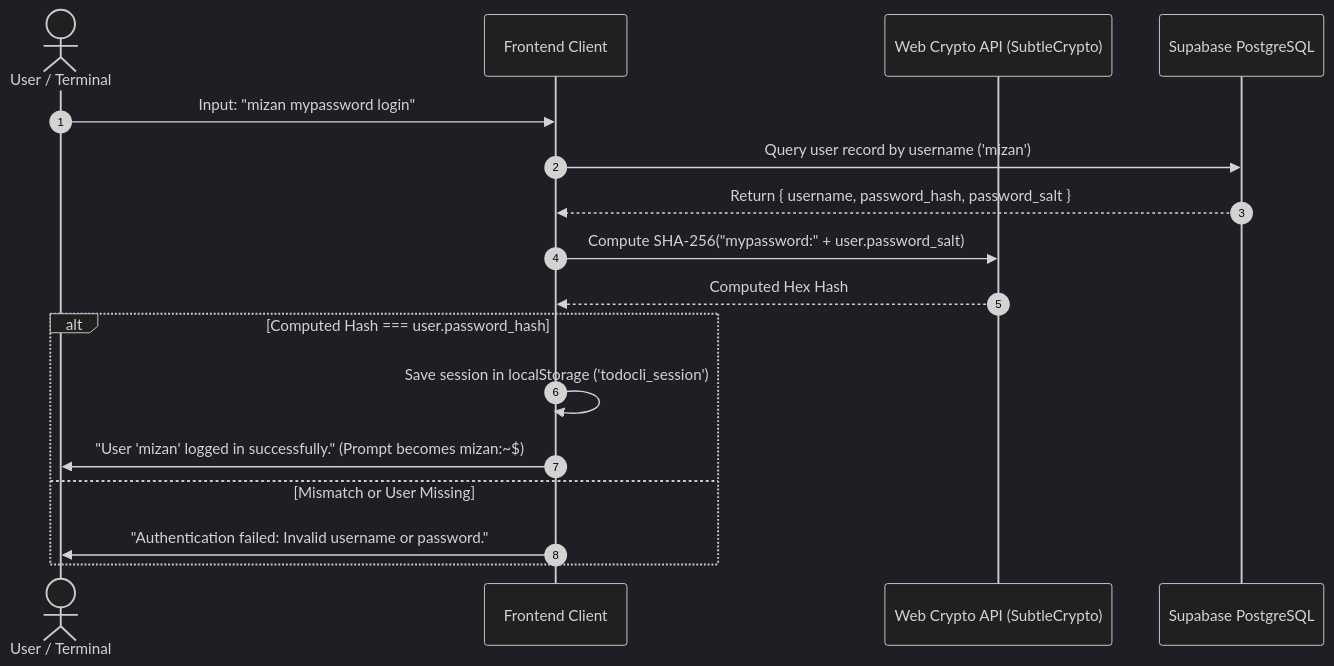
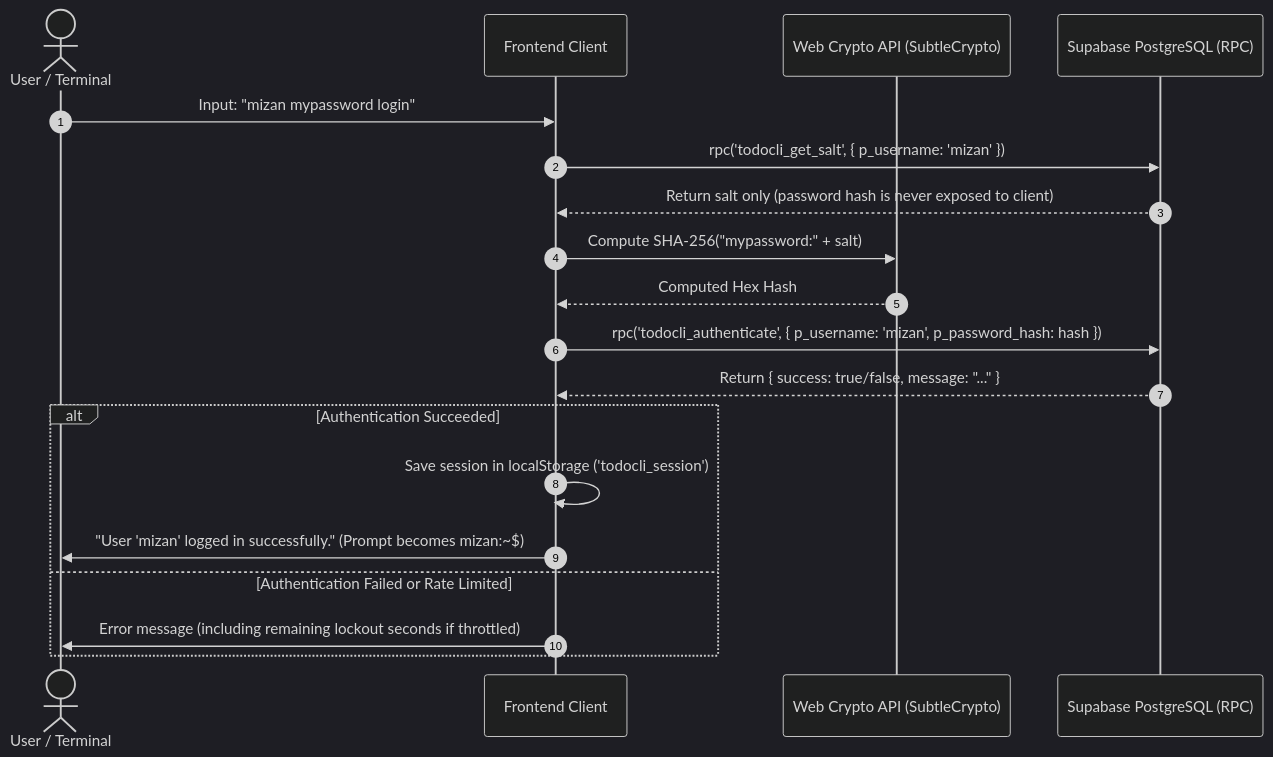
The third of 7 diagrams in DOCUMENTATION.md (mizan-mondal/todocli), drawn with Mermaid (dark theme) before and after one commit. The commit also changed other lines of this file and 14 other files, not shown here.

````diff
--- a/DOCUMENTATION.md
+++ b/DOCUMENTATION.md
@@ -304,20 +310,22 @@
 ```mermaid
 sequenceDiagram
     autonumber
     actor User as User / Terminal
     participant FE as Frontend Client
     participant Crypto as Web Crypto API (SubtleCrypto)
-    participant DB as Supabase PostgreSQL
+    participant DB as Supabase PostgreSQL (RPC)
 
     User->>FE: Input: "mizan mypassword login"
-    FE->>DB: Query user record by username ('mizan')
-    DB-->>FE: Return { username, password_hash, password_salt }
-    FE->>Crypto: Compute SHA-256("mypassword:" + user.password_salt)
+    FE->>DB: rpc('todocli_get_salt', { p_username: 'mizan' })
+    DB-->>FE: Return salt only (password hash is never exposed to client)
+    FE->>Crypto: Compute SHA-256("mypassword:" + salt)
     Crypto-->>FE: Computed Hex Hash
-    alt Computed Hash === user.password_hash
+    FE->>DB: rpc('todocli_authenticate', { p_username: 'mizan', p_password_hash: hash })
+    DB-->>FE: Return { success: true/false, message: "..." }
+    alt Authentication Succeeded
         FE->>FE: Save session in localStorage ('todocli_session')
         FE->>User: "User 'mizan' logged in successfully." (Prompt becomes mizan:~$)
-    else Mismatch or User Missing
-        FE->>User: "Authentication failed: Invalid username or password."
+    else Authentication Failed or Rate Limited
+        FE->>User: Error message (including remaining lockout seconds if throttled)
     end
 ```
````
